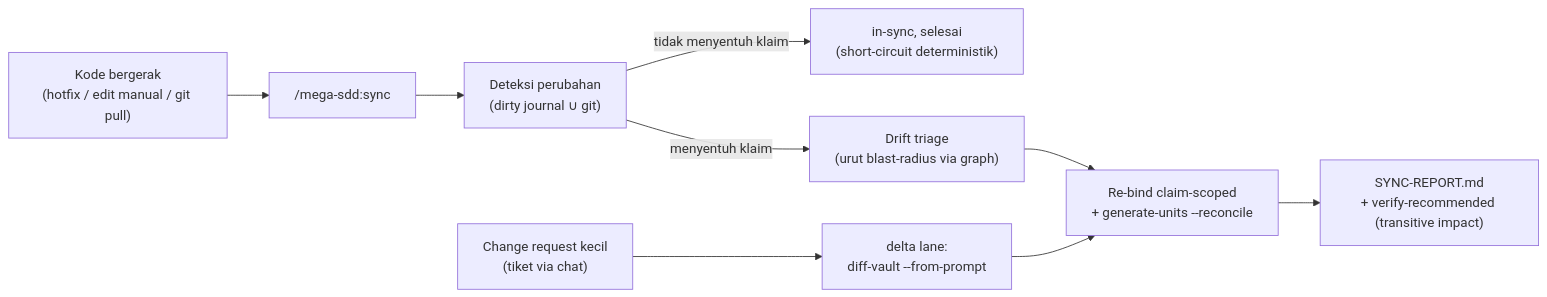
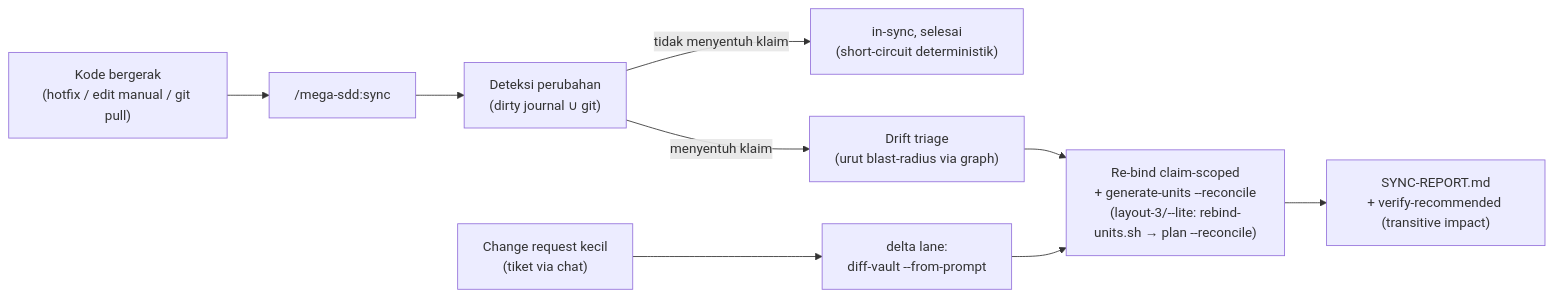
The second of 2 diagrams in docs/mega-sdd/revamp-journey.md (FarhanRiuzaki/Mega-SDD), drawn with Mermaid before and after one commit. The commit also changed other lines of this file and 9 other files, not shown here.

````diff
--- a/docs/mega-sdd/revamp-journey.md
+++ b/docs/mega-sdd/revamp-journey.md
@@ -121,11 +121,11 @@
 ```mermaid
 flowchart LR
     CODE["Kode bergerak<br/>(hotfix / edit manual / git pull)"] --> SY["/mega-sdd:sync"]
     SY --> DET["Deteksi perubahan<br/>(dirty journal ∪ git)"]
     DET -- "tidak menyentuh klaim" --> INSYNC["in-sync, selesai<br/>(short-circuit deterministik)"]
     DET -- "menyentuh klaim" --> TRI["Drift triage<br/>(urut blast-radius via graph)"]
-    TRI --> REBIND["Re-bind claim-scoped<br/>+ generate-units --reconcile"]
+    TRI --> REBIND["Re-bind claim-scoped<br/>+ generate-units --reconcile<br/>(layout-3/--lite: rebind-units.sh → plan --reconcile)"]
     REBIND --> REP["SYNC-REPORT.md<br/>+ verify-recommended (transitive impact)"]
     TICKET["Change request kecil<br/>(tiket via chat)"] --> DELTA["delta lane:<br/>diff-vault --from-prompt"]
     DELTA --> REBIND
 ```
````
